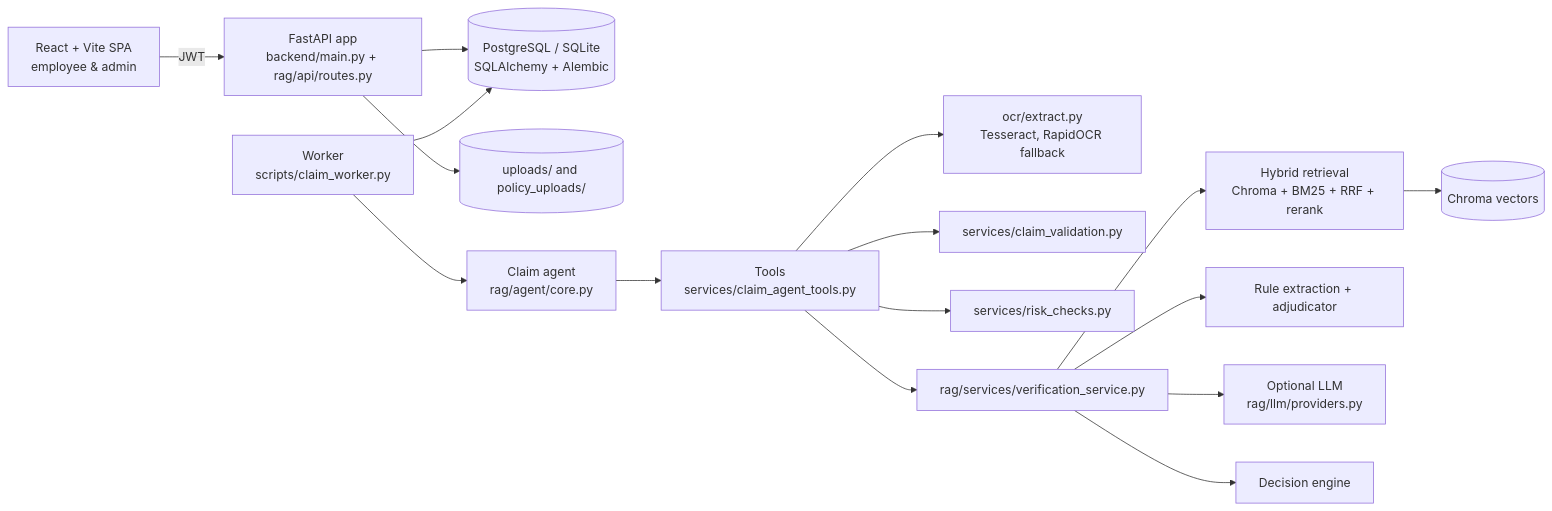
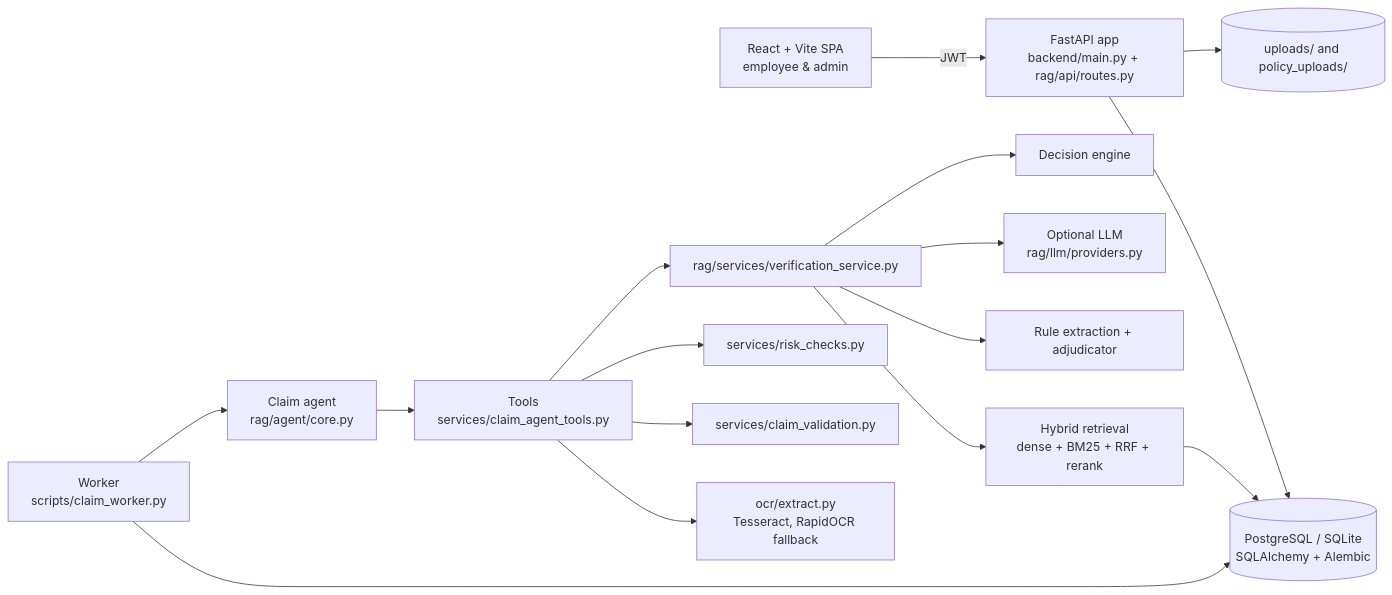
One commit to santhosh12133/medical-claim-ai changed the diagram in PROJECT_AUDIT_REPORT.md. Above: the diagram before and after it, drawn with Mermaid. The commit also changed other lines of this file and 2 other files, not shown here.

````diff
--- a/PROJECT_AUDIT_REPORT.md
+++ b/PROJECT_AUDIT_REPORT.md
@@ -31,18 +32,18 @@
 ```mermaid
 flowchart LR
     FE[React + Vite SPA<br/>employee & admin] -->|JWT| API[FastAPI app<br/>backend/main.py + rag/api/routes.py]
     API --> PG[(PostgreSQL / SQLite<br/>SQLAlchemy + Alembic)]
     API --> FS[(uploads/ and policy_uploads/)]
     W[Worker<br/>scripts/claim_worker.py] --> PG
     W --> AGENT[Claim agent<br/>rag/agent/core.py]
     AGENT --> TOOLS[Tools<br/>services/claim_agent_tools.py]
     TOOLS --> OCR[ocr/extract.py<br/>Tesseract, RapidOCR fallback]
     TOOLS --> NLP[services/claim_validation.py]
     TOOLS --> RISK[services/risk_checks.py]
     TOOLS --> VER[rag/services/verification_service.py]
-    VER --> RET[Hybrid retrieval<br/>Chroma + BM25 + RRF + rerank]
+    VER --> RET[Hybrid retrieval<br/>dense + BM25 + RRF + rerank]
     VER --> ADJ[Rule extraction + adjudicator]
     VER --> LLM[Optional LLM<br/>rag/llm/providers.py]
     VER --> GATE[Decision engine]
-    RET --> CH[(Chroma vectors)]
+    RET --> PG
 ```
````
